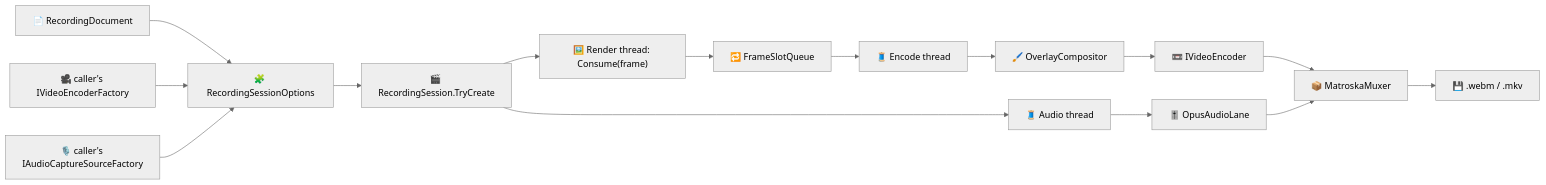
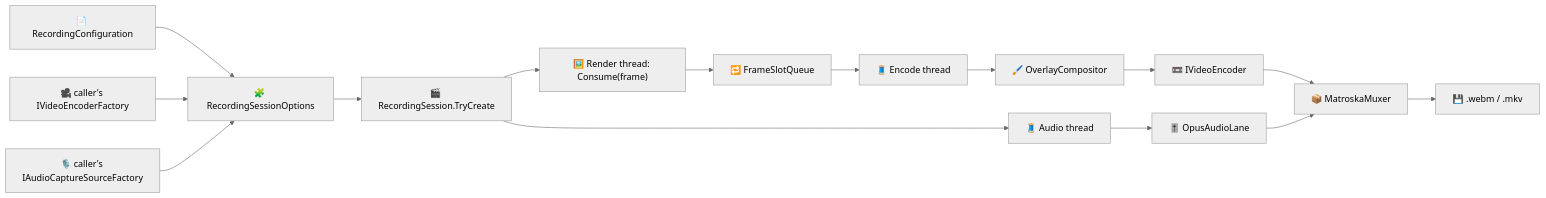
Before and after one commit to ByteTerrace/Puck: the diagram in docs/reference/recording.md, drawn with Mermaid (neutral theme). The commit also changed other lines of this file and 16 other files, not shown here.

First line of the commit message:
recording: retire the orphaned recording document format

````diff
--- a/docs/reference/recording.md
+++ b/docs/reference/recording.md
@@ -47,17 +46,17 @@
 ```mermaid
 flowchart LR
-    Doc["📄 RecordingDocument"] --> Options["🧩 RecordingSessionOptions"]
+    Doc["📄 RecordingConfiguration"] --> Options["🧩 RecordingSessionOptions"]
     VideoFactory["🎥 caller's IVideoEncoderFactory"] --> Options
     AudioFactory["🎙️ caller's IAudioCaptureSourceFactory"] --> Options
     Options --> Session["🎬 RecordingSession.TryCreate"]
     Session --> Render["🖼️ Render thread: Consume(frame)"]
     Render --> Queue["🔁 FrameSlotQueue"]
     Queue --> Encode["🧵 Encode thread"]
     Encode --> Overlay["🖌️ OverlayCompositor"]
     Overlay --> Video["📼 IVideoEncoder"]
     Session --> Audio["🧵 Audio thread"]
     Audio --> Lane["🎚️ OpusAudioLane"]
     Video --> Mux["📦 MatroskaMuxer"]
     Lane --> Mux
     Mux --> File["💾 .webm / .mkv"]
 ```
````
